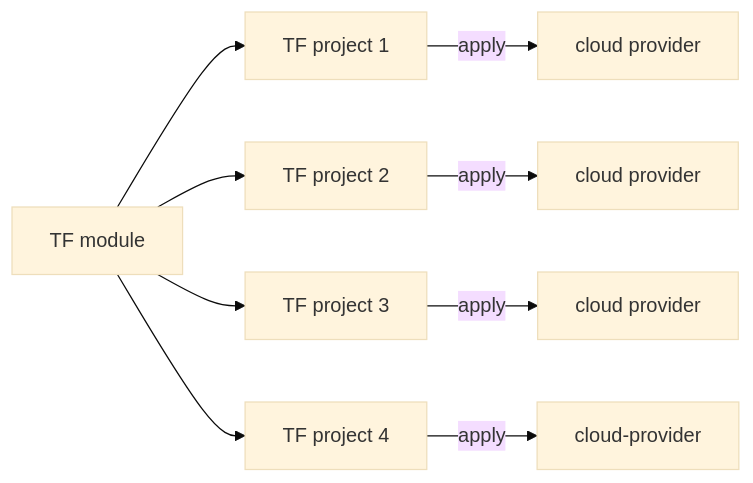
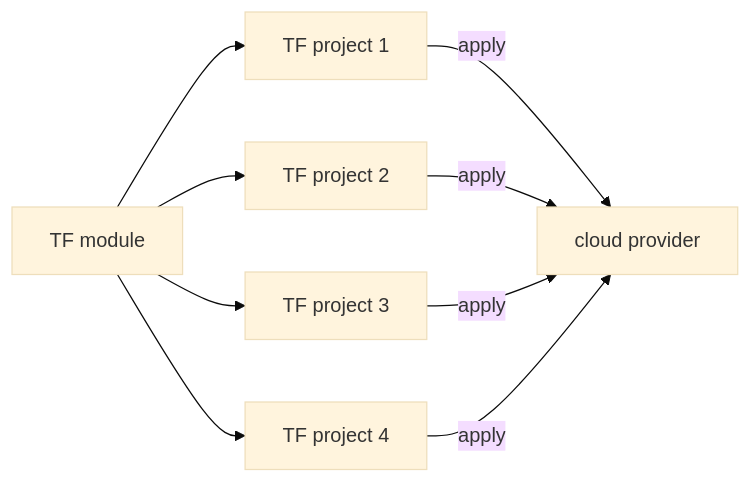
Before and after one commit to mdb/mdb.github.io: the first of 3 diagrams in content/blog/2024-07-09-terraform-patterns-for-reuse-and-repeatability.md, drawn with Mermaid (base theme). The commit also changed other lines of this file, not shown here.

Commit message:
clarify TF child module mermaid diagram

````diff
--- a/content/blog/2024-07-09-terraform-patterns-for-reuse-and-repeatability.md
+++ b/content/blog/2024-07-09-terraform-patterns-for-reuse-and-repeatability.md
@@ -22,12 +22,12 @@
 ```mermaid
 graph LR;
-  A[TF project 1]-->|apply|cloud-provider-1[cloud provider];
-  B[TF project 2]-->|apply|cloud-provider-2[cloud provider];
-  C[TF project 3]-->|apply|cloud-provider-3[cloud provider];
-  D[TF project 4]-->|apply|cloud-provider-4[cloud-provider];
+  A[TF project 1]-->|apply|cloud-provider[cloud provider];
+  B[TF project 2]-->|apply|cloud-provider;
+  C[TF project 3]-->|apply|cloud-provider;
+  D[TF project 4]-->|apply|cloud-provider;
 
   E[TF module]-->A
   E-->B
   E-->C
   E-->D
 ```
````
